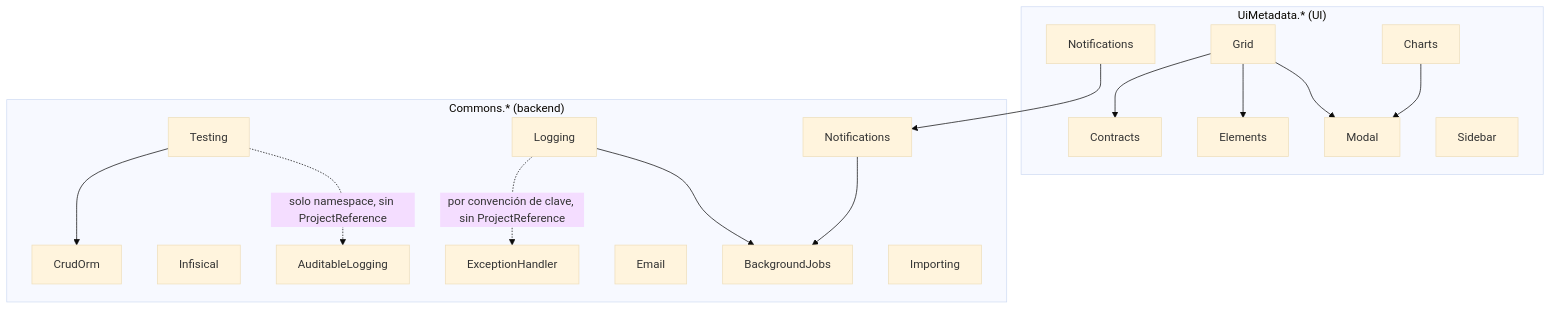
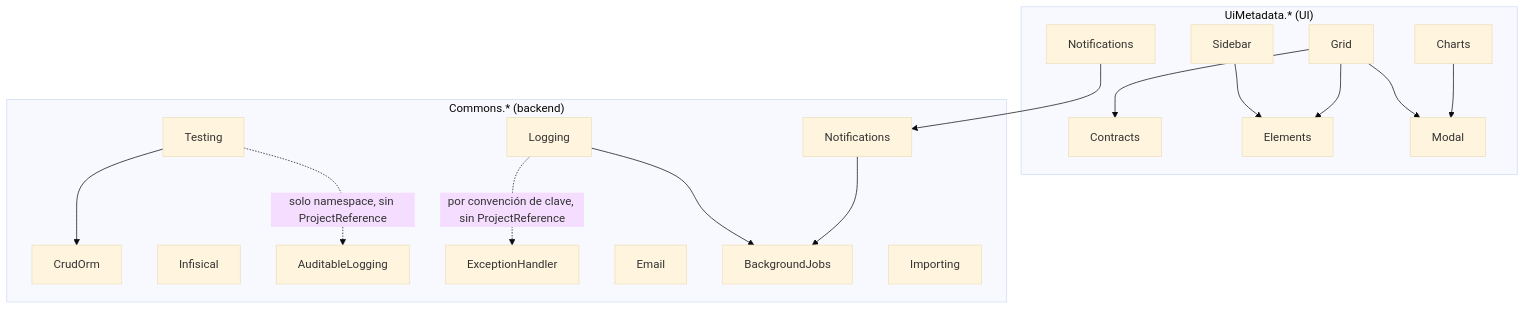
Before and after one commit to corebound-labs/docs: the diagram in packages/README.md, drawn with Mermaid (base theme). The commit also changed other lines of this file and 6 other files, not shown here.

````diff
--- a/packages/README.md
+++ b/packages/README.md
@@ -20,53 +22,54 @@
 ```mermaid
 graph TD
     subgraph "UiMetadata.* (UI)"
         Contracts[Contracts]
         Elements[Elements]
         Modal[Modal]
         Grid[Grid]
         Sidebar[Sidebar]
         Charts[Charts]
         UiNotifications[Notifications]
     end
     subgraph "Commons.* (backend)"
         CrudOrm[CrudOrm]
         Infisical[Infisical]
         Audit[AuditableLogging]
         ExcHandler[ExceptionHandler]
         Email[Email]
         Testing[Testing]
         Jobs[BackgroundJobs]
         Logging[Logging]
         Importing[Importing]
         Notifications[Notifications]
     end
 
+    Sidebar --> Elements
     Grid --> Contracts
     Grid --> Elements
     Grid --> Modal
     Charts --> Modal
     Testing --> CrudOrm
     Testing -.->|"solo namespace, sin ProjectReference"| Audit
     Logging --> Jobs
     Notifications --> Jobs
     UiNotifications --> Notifications
     Logging -.->|"por convención de clave, sin ProjectReference"| ExcHandler
 
     click Contracts "#/packages/uimetadata-contracts"
     click Elements "#/packages/uimetadata-elements"
     click Modal "#/packages/uimetadata-modal"
     click Grid "#/packages/uimetadata-grid"
     click Sidebar "#/packages/uimetadata-sidebar"
     click Charts "#/packages/uimetadata-charts"
     click CrudOrm "#/packages/commons-crudorm"
     click Infisical "#/packages/commons-infisical"
     click Audit "#/packages/commons-auditablelogging"
     click ExcHandler "#/packages/commons-exceptionhandler"
     click Email "#/packages/commons-email"
     click Testing "#/packages/commons-testing"
     click Jobs "#/packages/commons-backgroundjobs"
     click Logging "#/packages/commons-logging"
     click Importing "#/packages/commons-importing"
     click Notifications "#/packages/commons-notifications"
     click UiNotifications "#/packages/uimetadata-notifications"
 ```
````
